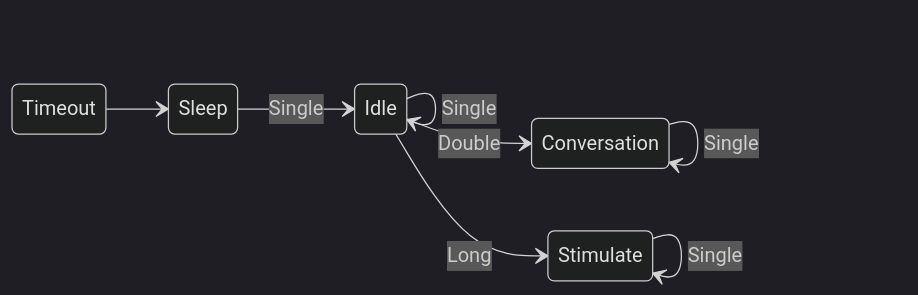
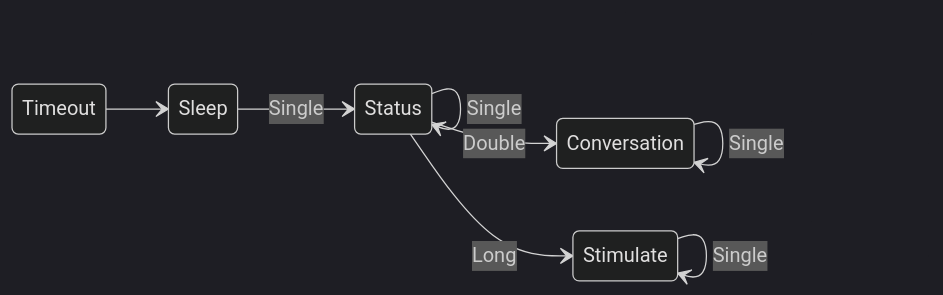
The first of 7 diagrams in README.md (moore/m8), drawn with Mermaid (dark theme) before and after one commit. The commit also changed other lines of this file and 10 other files, not shown here.

````diff
--- a/README.md
+++ b/README.md
@@ -4,11 +4,11 @@
 ```mermaid
 stateDiagram
     direction LR
-    Sleep --> Idle: Single
-    Idle --> Conversation: Double
-    Idle --> Stimulate: Long
-    Idle --> Idle: Single
+    Sleep --> Status: Single
+    Status --> Conversation: Double
+    Status --> Stimulate: Long
+    Status --> Status: Single
     Conversation --> Conversation: Single
     Stimulate --> Stimulate: Single
     Timeout --> Sleep
 ```
````
